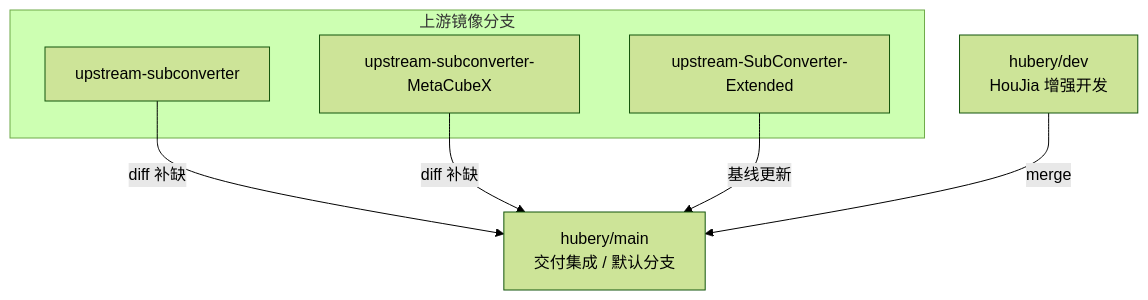
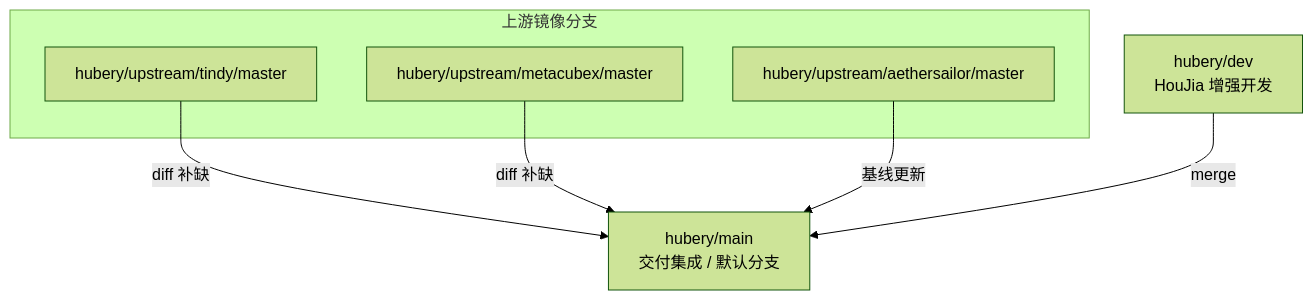
One commit to HouJia/SubConverter-Extended changed the diagram in docs/技术方案-分支与上游同步.md. Above: the diagram before and after it, drawn with Mermaid (forest theme). The commit also changed other lines of this file, not shown here.

````diff
--- a/docs/技术方案-分支与上游同步.md
+++ b/docs/技术方案-分支与上游同步.md
@@ -28,14 +29,14 @@
 ```mermaid
 flowchart TB
   subgraph mirrors [上游镜像分支]
-    T[upstream-subconverter]
-    M[upstream-subconverter-MetaCubeX]
-    E[upstream-SubConverter-Extended]
+    T[hubery/upstream/tindy/master]
+    M[hubery/upstream/metacubex/master]
+    E[hubery/upstream/aethersailor/master]
   end
   F[hubery/dev\nHouJia 增强开发]
   H[hubery/main\n交付集成 / 默认分支]
   T -->|diff 补缺| H
   M -->|diff 补缺| H
   E -->|基线更新| H
   F -->|merge| H
 ```
````
